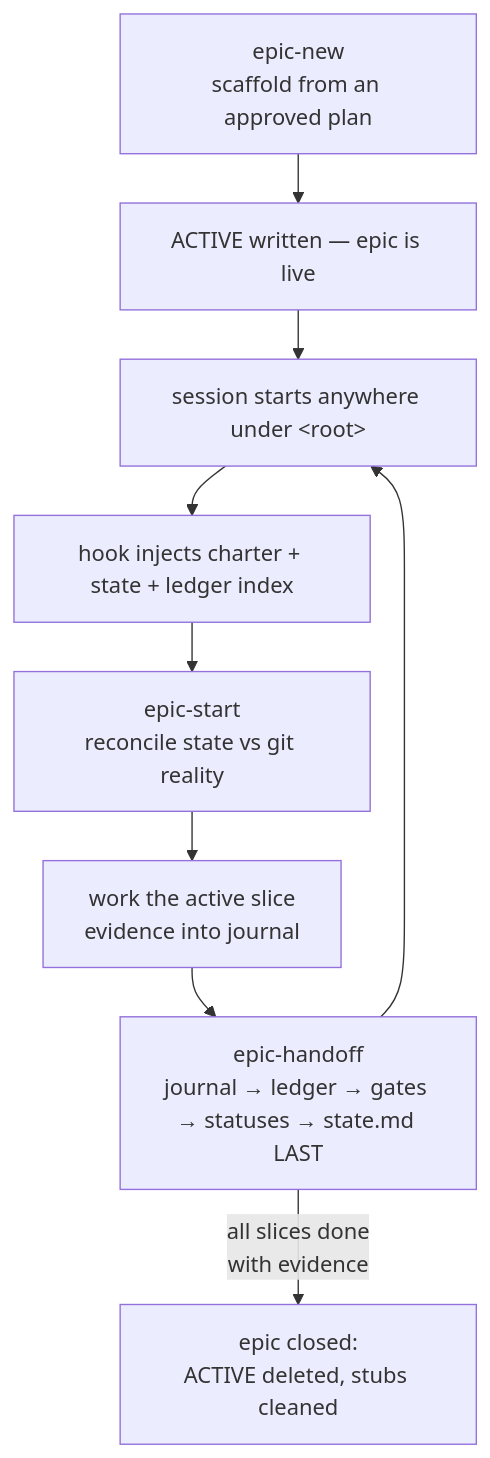
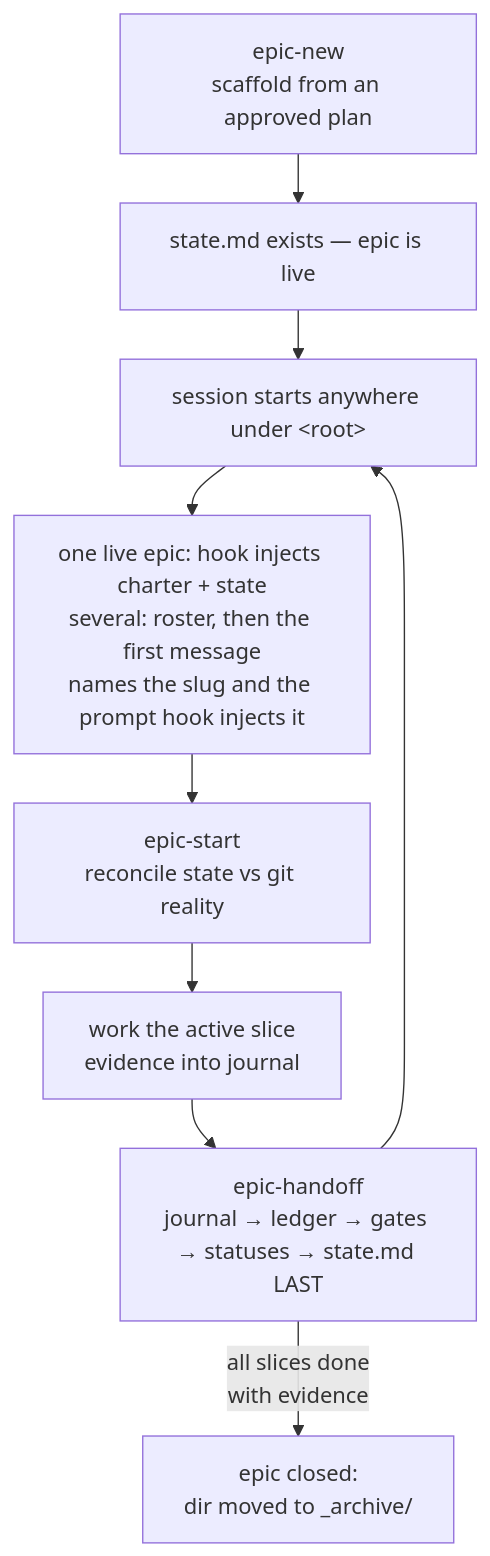
Before and after one commit to den2207/epic-tree: the third of 3 diagrams in README.md, drawn with Mermaid. The commit also changed other lines of this file and 14 other files, not shown here.

First line of the commit message:
feat: select the epic by the user's message, retire the ACTIVE pointer

````diff
--- a/README.md
+++ b/README.md
@@ -90,12 +91,12 @@
 ```mermaid
 %%{init: {"flowchart": {"nodeSpacing": 30, "rankSpacing": 36}}}%%
 flowchart TD
-    A["epic-new<br/>scaffold from an approved plan"] --> B["ACTIVE written — epic is live"]
+    A["epic-new<br/>scaffold from an approved plan"] --> B["state.md exists — epic is live"]
     B --> C["session starts anywhere under &lt;root&gt;"]
-    C --> D["hook injects charter + state + ledger index"]
+    C --> D["one live epic: hook injects charter + state<br/>several: roster, then the first message<br/>names the slug and the prompt hook injects it"]
     D --> E["epic-start<br/>reconcile state vs git reality"]
     E --> F["work the active slice<br/>evidence into journal"]
     F --> G["epic-handoff<br/>journal → ledger → gates → statuses → state.md LAST"]
     G --> C
-    G -- "all slices done<br/>with evidence" --> H["epic closed:<br/>ACTIVE deleted, stubs cleaned"]
+    G -- "all slices done<br/>with evidence" --> H["epic closed:<br/>dir moved to _archive/"]
 ```
````
